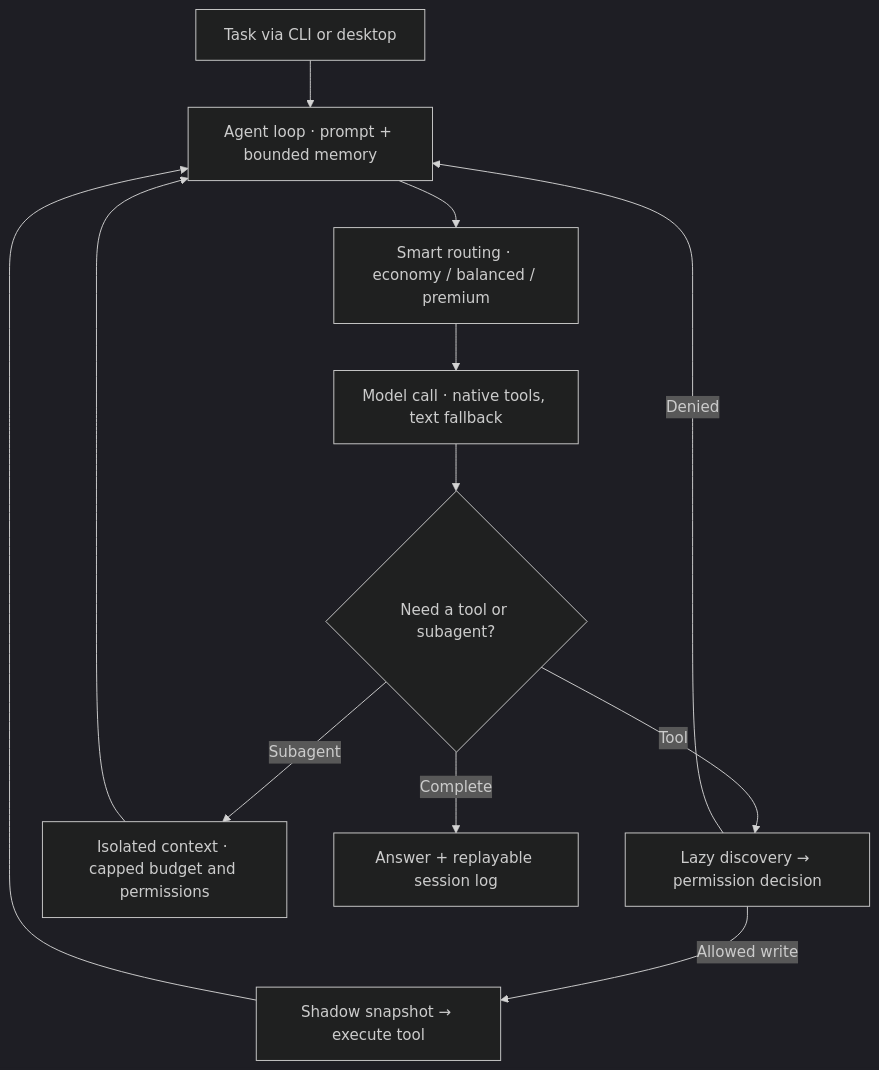
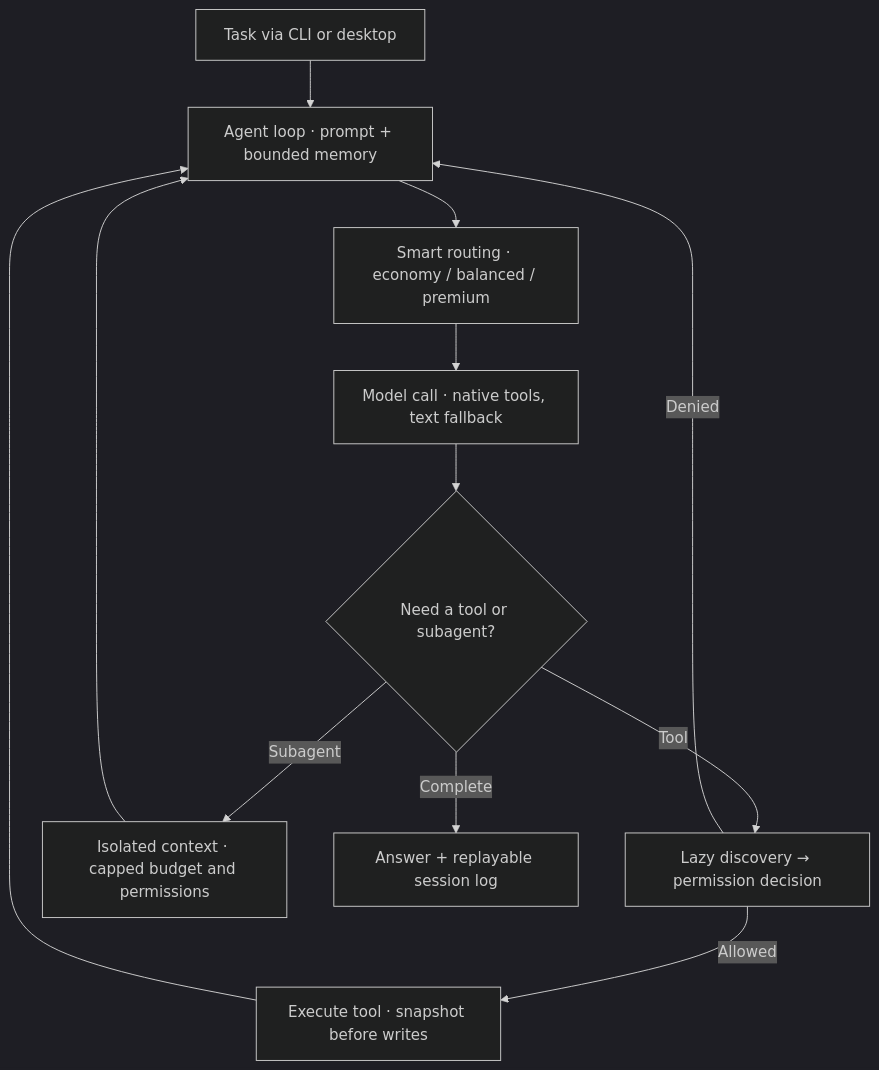
The diagram in README.md (suyunpledge/pledge-evolving), drawn with Mermaid (dark theme) before and after one commit.

Commit message:
docs: show read and write tool execution paths

````diff
--- a/README.md
+++ b/README.md
@@ -11,14 +11,14 @@
 ```mermaid
 flowchart TD
     A["Task via CLI or desktop"] --> B["Agent loop · prompt + bounded memory"]
     B --> C["Smart routing · economy / balanced / premium"]
     C --> D["Model call · native tools, text fallback"]
     D --> E{"Need a tool or subagent?"}
     E -- Tool --> F["Lazy discovery → permission decision"]
-    F -- Allowed write --> G["Shadow snapshot → execute tool"]
+    F -- Allowed --> G["Execute tool · snapshot before writes"]
     F -- Denied --> B
     E -- Subagent --> H["Isolated context · capped budget and permissions"]
     G --> B
     H --> B
     E -- Complete --> I["Answer + replayable session log"]
 ```
````
